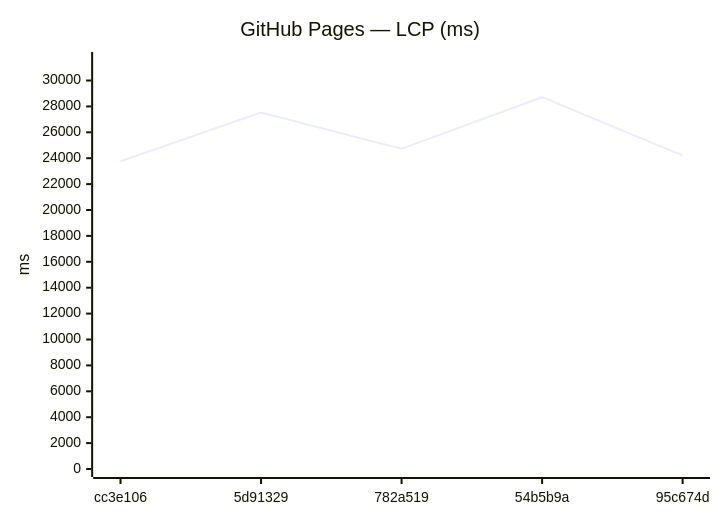
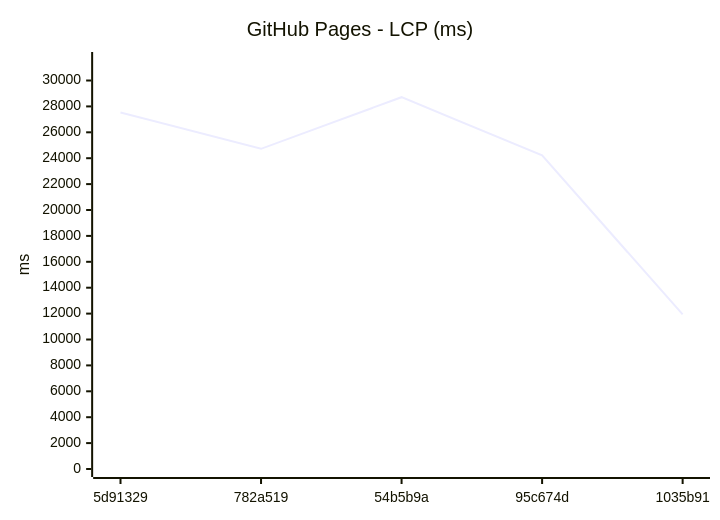
The ninth of 18 diagrams in benchmarks/compare.md (Metaheurist/Rianell), drawn with Mermaid before and after one commit. The commit also changed other lines of this file and 294 other files, not shown here.

````diff
--- a/benchmarks/compare.md
+++ b/benchmarks/compare.md
@@ -142,7 +142,7 @@
 ```mermaid
 xychart-beta
-    title "GitHub Pages — LCP (ms)"
-    x-axis ["cc3e106", "5d91329", "782a519", "54b5b9a", "95c674d"]
+    title "GitHub Pages - LCP (ms)"
+    x-axis ["5d91329", "782a519", "54b5b9a", "95c674d", "1035b91"]
     y-axis "ms" 0 --> 31584
-    line [23765, 27536, 24725, 28712, 24213]
+    line [27536, 24725, 28712, 24213, 11936]
 ```
````
